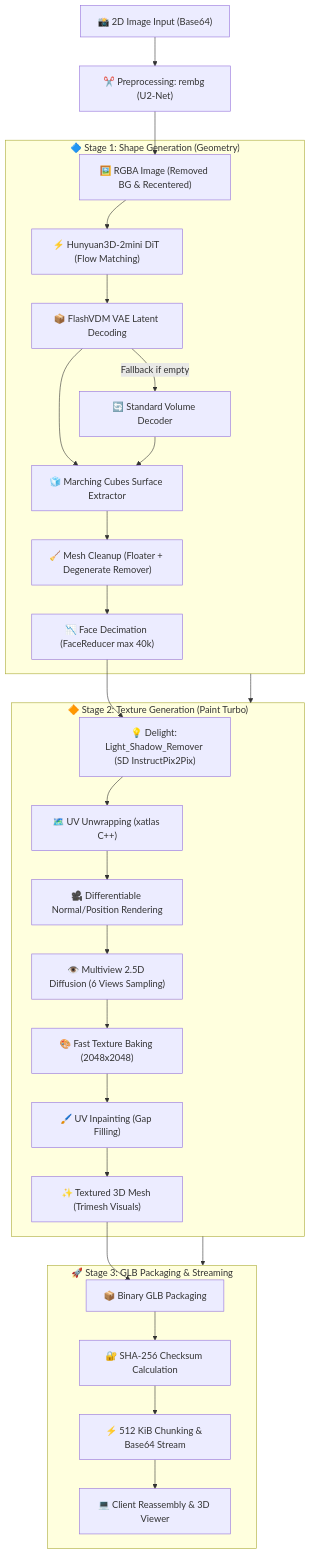
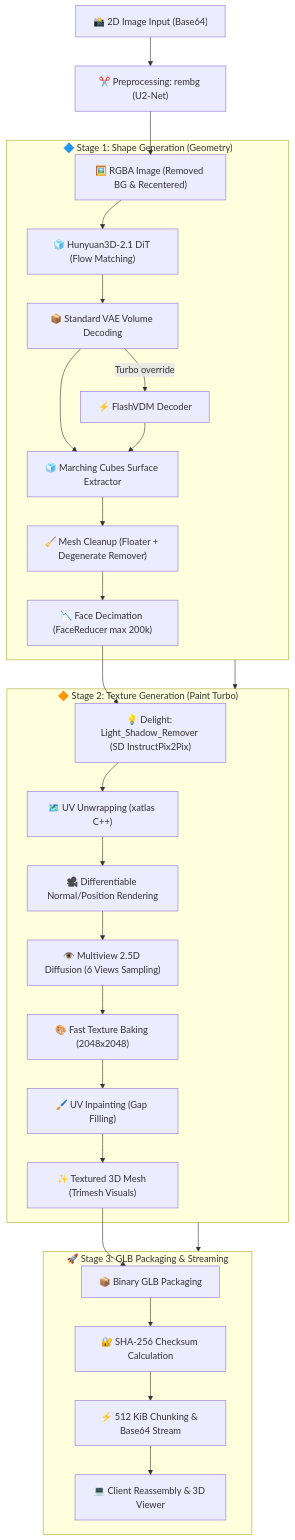
One commit to yuika-sama/3d_hunyuan_be_test changed the diagram in README.md. Above: the diagram before and after it, drawn with Mermaid. The commit also changed other lines of this file and 4 other files, not shown here.

````diff
--- a/README.md
+++ b/README.md
@@ -9,35 +9,35 @@
 ```mermaid
 flowchart TD
     A["📸 2D Image Input (Base64)"] --> B["✂️ Preprocessing: rembg (U2-Net)"]
     B --> C["🖼️ RGBA Image (Removed BG & Recentered)"]
     
     subgraph SG ["🔷 Stage 1: Shape Generation (Geometry)"]
-        C --> D["⚡ Hunyuan3D-2mini DiT (Flow Matching)"]
-        D --> E["📦 FlashVDM VAE Latent Decoding"]
-        E -->|Fallback if empty| E_FB["🔄 Standard Volume Decoder"]
+        C --> D["🧊 Hunyuan3D-2.1 DiT (Flow Matching)"]
+        D --> E["📦 Standard VAE Volume Decoding"]
+        E -->|Turbo override| E_FB["⚡ FlashVDM Decoder"]
         E --> F["🧊 Marching Cubes Surface Extractor"]
         E_FB --> F
         F --> G["🧹 Mesh Cleanup (Floater + Degenerate Remover)"]
-        G --> H["📉 Face Decimation (FaceReducer max 40k)"]
+        G --> H["📉 Face Decimation (FaceReducer max 200k)"]
     end
 
     subgraph TG ["🔶 Stage 2: Texture Generation (Paint Turbo)"]
         H --> I["💡 Delight: Light_Shadow_Remover (SD InstructPix2Pix)"]
         I --> J["🗺️ UV Unwrapping (xatlas C++)"]
         J --> K["🎥 Differentiable Normal/Position Rendering"]
         K --> L["👁️ Multiview 2.5D Diffusion (6 Views Sampling)"]
         L --> M["🎨 Fast Texture Baking (2048x2048)"]
         M --> N["🖌️ UV Inpainting (Gap Filling)"]
         N --> O["✨ Textured 3D Mesh (Trimesh Visuals)"]
     end
 
     subgraph EXP ["🚀 Stage 3: GLB Packaging & Streaming"]
         O --> P["📦 Binary GLB Packaging"]
         P --> Q["🔐 SHA-256 Checksum Calculation"]
         Q --> R["⚡ 512 KiB Chunking & Base64 Stream"]
         R --> S["💻 Client Reassembly & 3D Viewer"]
     end
 
     SG --> TG
     TG --> EXP
 ```
````
